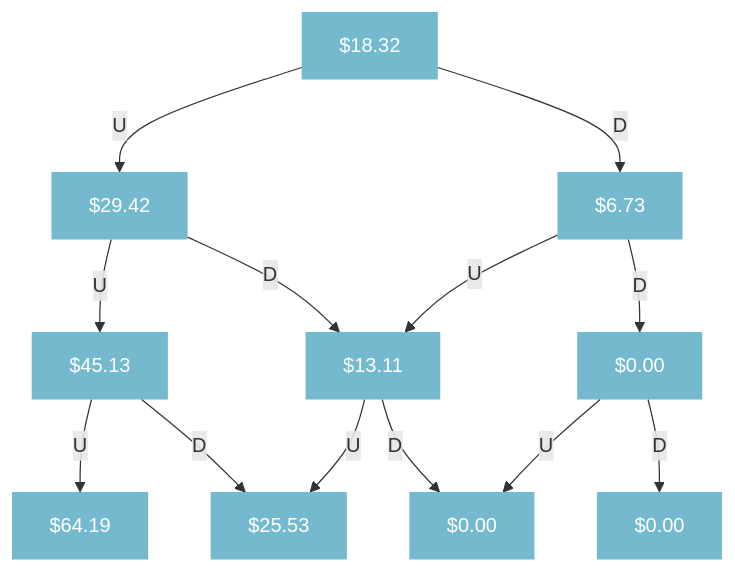
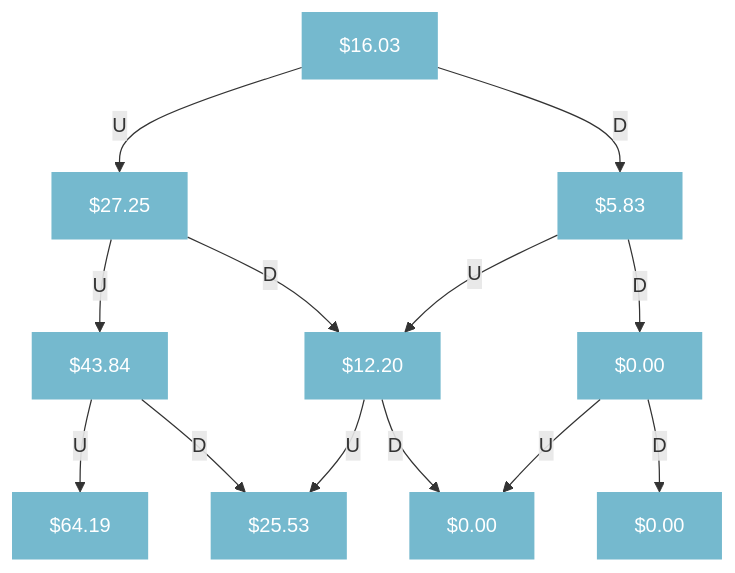
Before and after one commit to JerBouma/jerbouma.github.io: the second of 5 diagrams in _pages/articles/binomial-trees.md, drawn with Mermaid. The commit also changed other lines of this file and 4 other files, not shown here.

```diff
--- a/_pages/articles/binomial-trees.md
+++ b/_pages/articles/binomial-trees.md
@@ -135,22 +135,16 @@
 <div class="mermaid">
 flowchart TD;
 classDef boxfont fill:#3b9cba,stroke-width:0px,fill-opacity:0.7,color:white,radius:20px;
-
-Step0["$18.32"]:::boxfont -- U --> Step1["$29.42"]:::boxfont
-Step0["$18.32"] -- D --> Step2["$6.73"]:::boxfont
-
-Step1["$29.42"] -- U --> Step3["$45.13"]:::boxfont
-Step1["$29.42"] -- D --> Step4["$13.11"]:::boxfont
-
-Step2["$6.73"] -- U --> Step4["$13.11"]:::boxfont
-Step2["$6.73"] -- D --> Step5["$0.00"]:::boxfont
-
-Step3["$45.13"] -- U --> Step6["$64.19"]:::boxfont
-Step3["$45.13"] -- D --> Step7["$25.53"]:::boxfont
-
-Step4["$13.11"] -- U --> Step7["$25.53"]:::boxfont
-Step4["$13.11"] -- D --> Step8["$0.00"]:::boxfont
-
-Step5["$0.00"] -- U --> Step8["$0.00"]:::boxfont
+Step0["$16.03"]:::boxfont -- U --> Step1["$27.25"]:::boxfont
+Step0["$16.03"] -- D --> Step2["$5.83"]:::boxfont
+Step1["$27.25"] -- U --> Step3["$43.84"]:::boxfont
+Step1["$27.25"] -- D --> Step4["$12.20"]:::boxfont
+Step2["$5.83"] -- U --> Step4["$12.20"]
+Step2["$5.83"] -- D --> Step5["$0.00"]:::boxfont
+Step3["$43.84"] -- U --> Step6["$64.19"]:::boxfont
+Step3["$43.84"] -- D --> Step7["$25.53"]:::boxfont
+Step4["$12.20"] -- U --> Step7["$25.53"]
+Step4["$12.20"] -- D --> Step8["$0.00"]:::boxfont
+Step5["$0.00"] -- U --> Step8["$0.00"]
 Step5["$0.00"] -- D --> Step9["$0.00"]:::boxfont
 </div>
```
